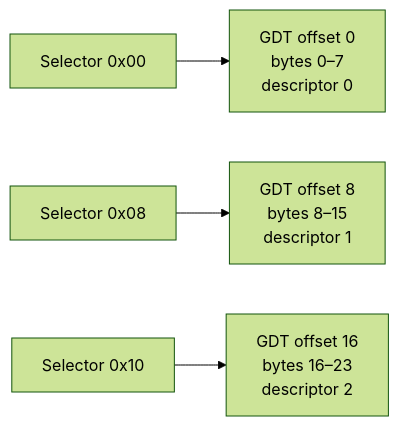
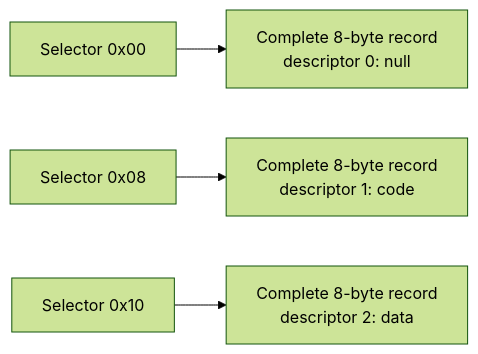
The fourth of 10 diagrams in lessons/05-protected-mode.md (angellovc/AngelOS), drawn with Mermaid (forest theme) before and after one commit. The commit also changed other lines of this file, not shown here.

Commit message:
clarify descriptor records

````diff
--- a/lessons/05-protected-mode.md
+++ b/lessons/05-protected-mode.md
@@ -187,6 +190,6 @@
 ```mermaid
 flowchart LR
-    SEL0["Selector 0x00"] --> D0["GDT offset 0<br/>bytes 0–7<br/>descriptor 0"]
-    SEL1["Selector 0x08"] --> D1["GDT offset 8<br/>bytes 8–15<br/>descriptor 1"]
-    SEL2["Selector 0x10"] --> D2["GDT offset 16<br/>bytes 16–23<br/>descriptor 2"]
+    SEL0["Selector 0x00"] --> D0["Complete 8-byte record<br/>descriptor 0: null"]
+    SEL1["Selector 0x08"] --> D1["Complete 8-byte record<br/>descriptor 1: code"]
+    SEL2["Selector 0x10"] --> D2["Complete 8-byte record<br/>descriptor 2: data"]
 ```
````
